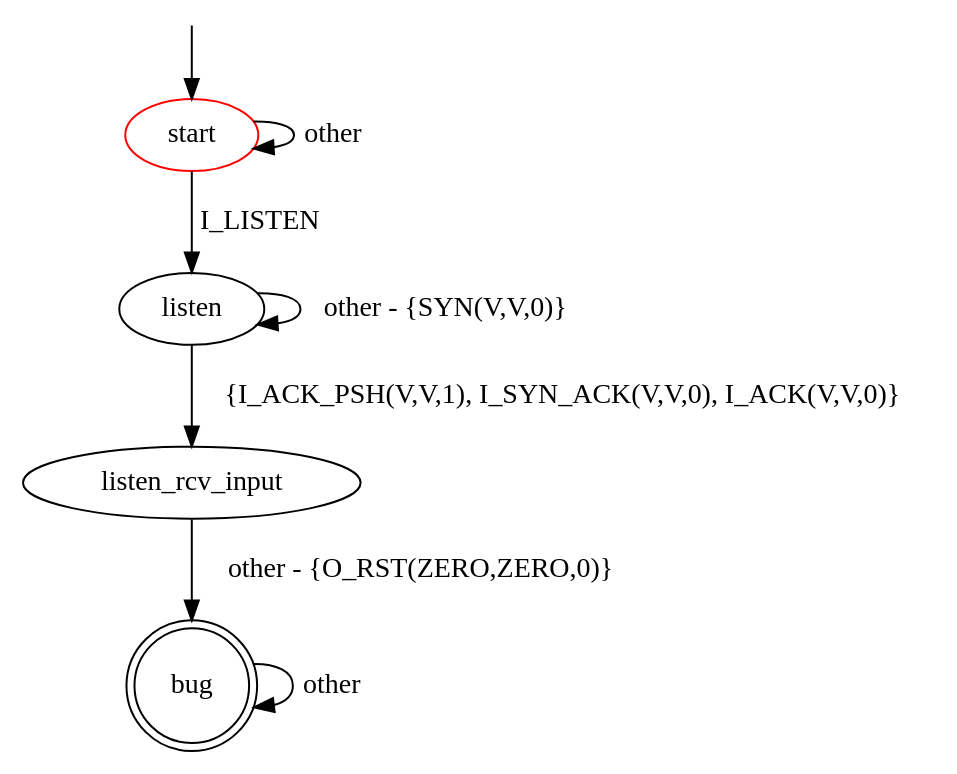
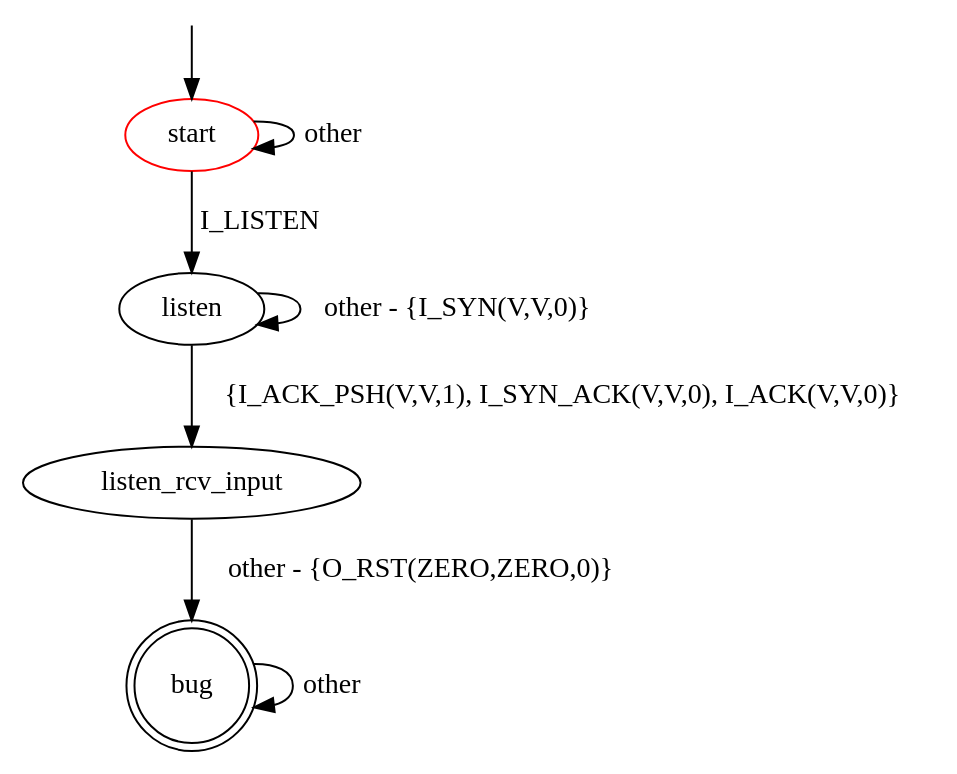
One commit to assist-project/state-machine-bug-finder changed the diagram in src/main/resources/patterns/tcp/server/rst_absence_on_listen_state.dot. Above: the diagram before and after it, drawn with Graphviz. The commit also changed 2 other files, not shown here.

```diff
--- a/src/main/resources/patterns/tcp/server/rst_absence_on_listen_state.dot
+++ b/src/main/resources/patterns/tcp/server/rst_absence_on_listen_state.dot
@@ -1,16 +1,16 @@
 digraph G {
 label=""
 start [color="red"]
 bug [shape="doublecircle"]
 
 start -> listen[label="I_LISTEN"]
 start -> start [label="other"]
-listen -> listen [label="other - {SYN(V,V,0)}"]
+listen -> listen [label="other - {I_SYN(V,V,0)}"]
 listen -> listen_rcv_input [label="{I_ACK_PSH(V,V,1), I_SYN_ACK(V,V,0), I_ACK(V,V,0)}"]
 listen_rcv_input -> bug [label="other - {O_RST(ZERO,ZERO,0)}"]
 
 bug -> bug [label="other"]
 
 __start0 [label="" shape="none" width="0" height="0"];
 __start0 -> start;
 }
```
